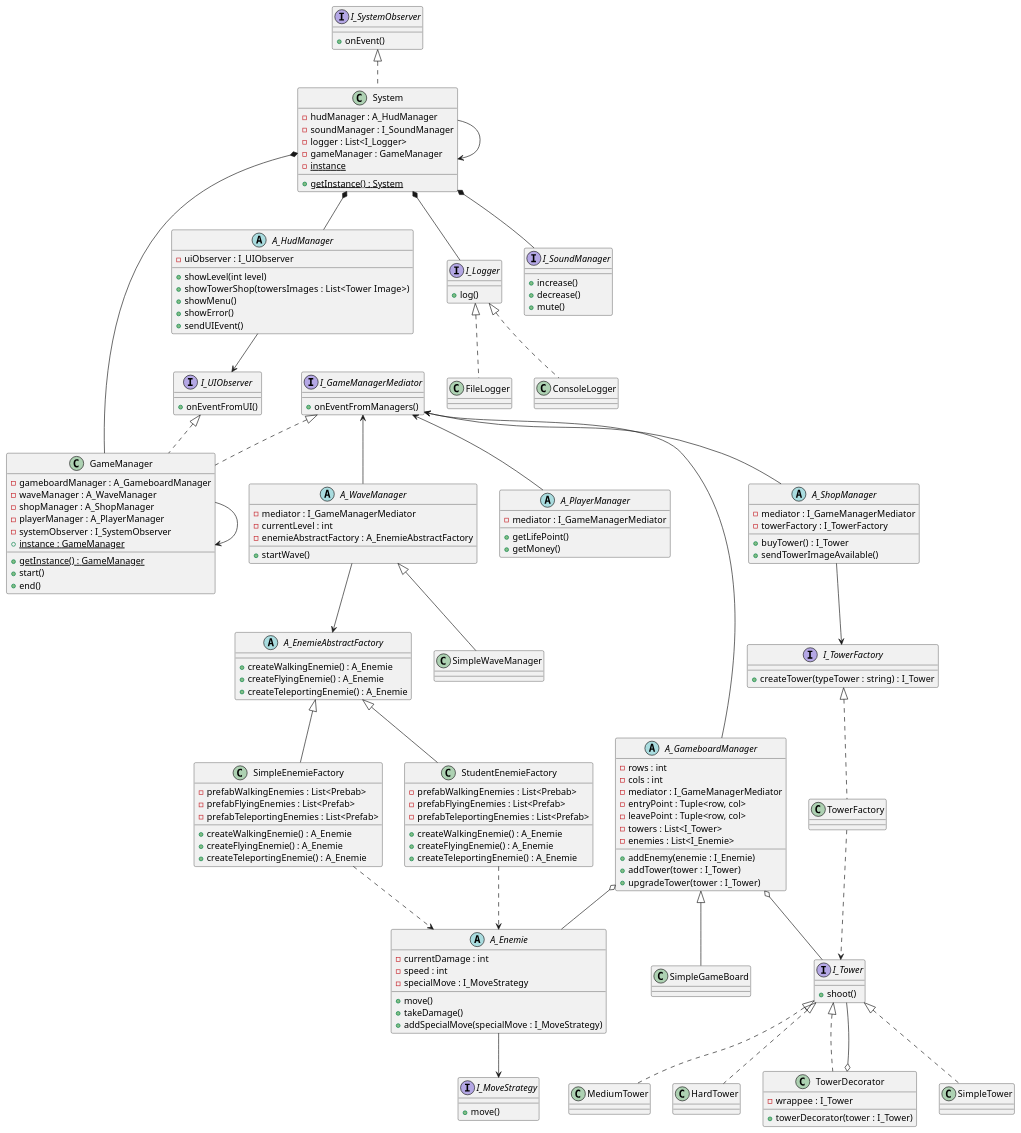
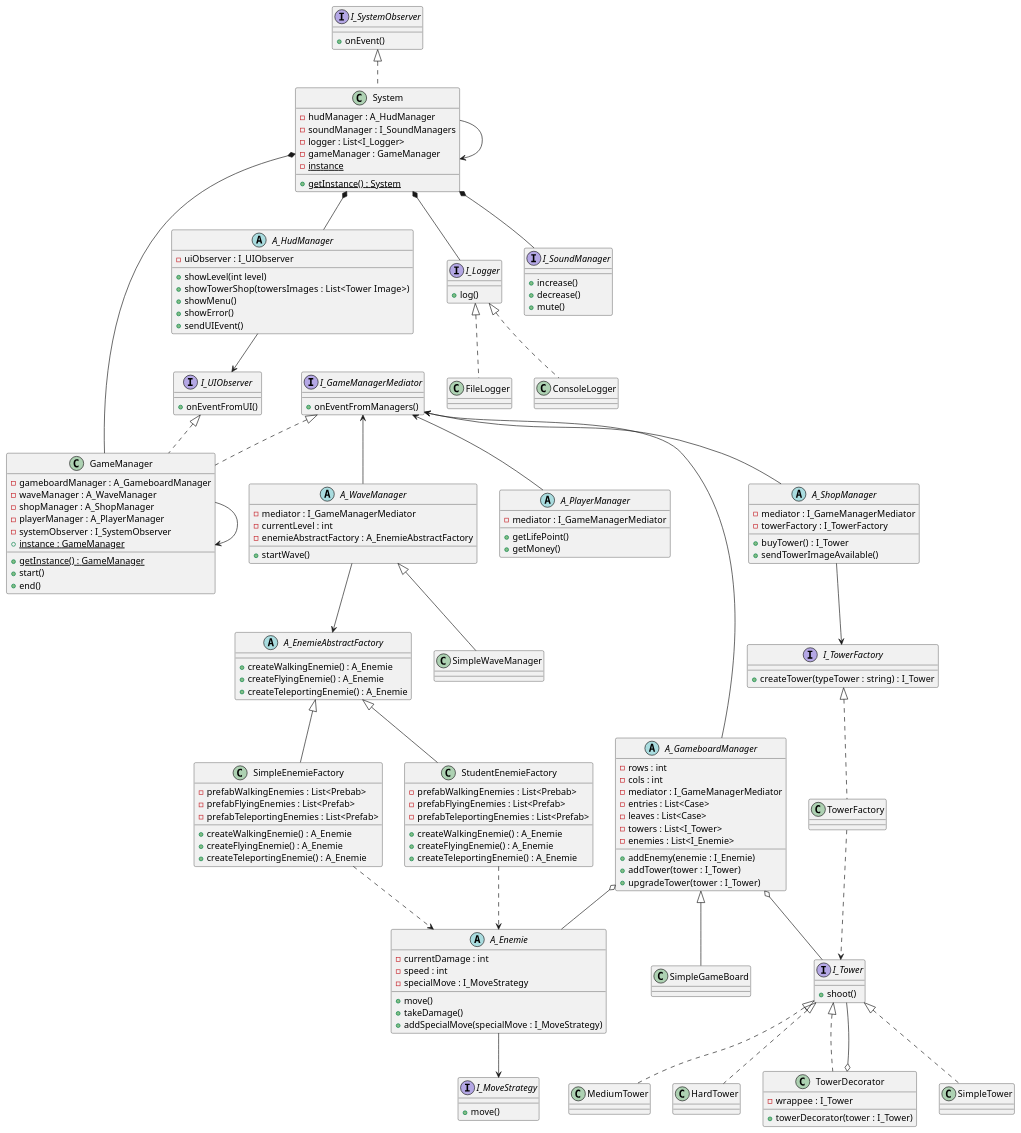
One commit to bobylatruffe/tower_defense changed the diagram in uml.plantuml. Above: the diagram before and after it, drawn with PlantUML. The commit also changed 4 other files, not shown here.

```diff
--- a/uml.plantuml
+++ b/uml.plantuml
@@ -20,7 +20,7 @@
 
 class System implements I_SystemObserver {
     - hudManager : A_HudManager
-    - soundManager : I_SoundManager
+    - soundManager : I_SoundManagers
     - logger : List<I_Logger>
     - gameManager : GameManager
     - {static} instance
@@ -50,8 +50,8 @@
     - rows : int
     - cols : int
     - mediator : I_GameManagerMediator
-    - entryPoint : Tuple<row, col>
-    - leavePoint : Tuple<row, col>
+    - entries : List<Case>
+    - leaves : List<Case>
     - towers : List<I_Tower>
     - enemies : List<I_Enemie>
     + addEnemy(enemie : I_Enemie)
```
